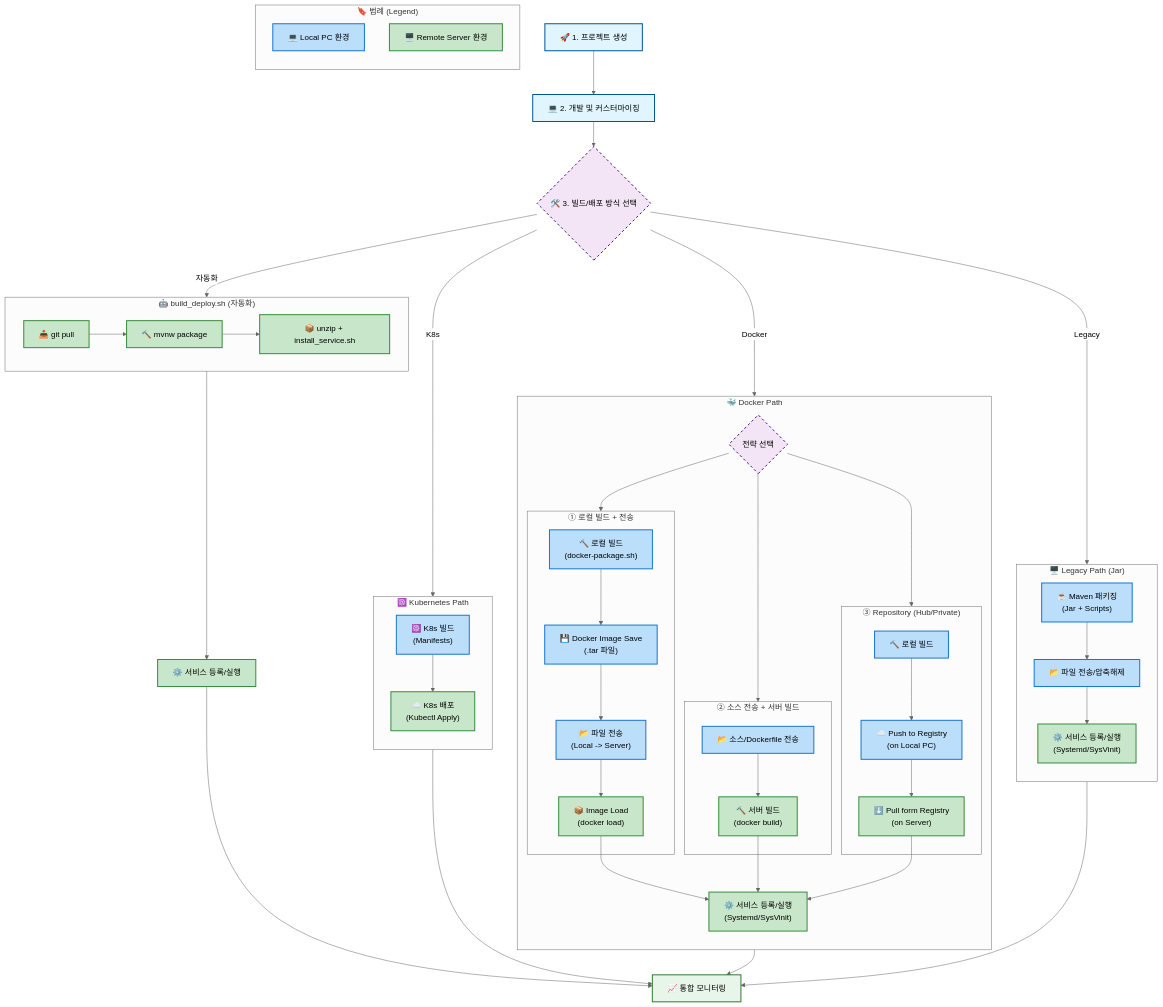
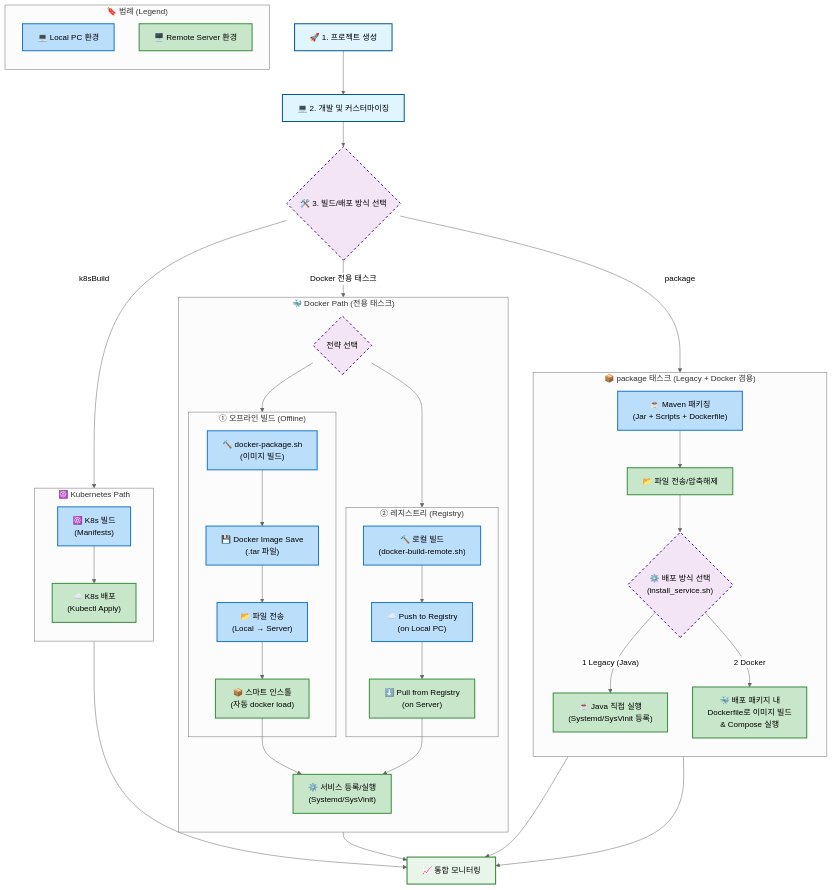
One commit to MJ-Youn/build-template changed the first of 5 diagrams in README.md. Above: the diagram before and after it, drawn with Mermaid (neutral theme). The commit also changed other lines of this file and 13 other files, not shown here.

````diff
--- a/README.md
+++ b/README.md
@@ -358,63 +311,45 @@
     Start["🚀 1. 프로젝트 생성"] --> Dev["💻 2. 개발 및 커스터마이징"]
     Dev --> BuildSelect{"🛠️ 3. 빌드/배포 방식 선택"}
 
-    %% 자동화 스크립트 (build_deploy.sh)
-    subgraph AutoScript ["🤖 build_deploy.sh (자동화)"]
-        direction LR
-        AS1["📥 git pull"] --> AS2["🔨 mvnw package"]
-        AS2 --> AS3["📦 unzip + install_service.sh"]
+    %% 서브그래프: package 태스크 (Legacy + Docker 겸용)
+    subgraph PackagePath ["📦 package 태스크 (Legacy + Docker 겸용)"]
+        direction TB
+        LegacyBuild["☕ Maven 패키징<br/>(Jar + Scripts + Dockerfile)"]
+        LegacyBuild --> LegacyTrans["📂 파일 전송/압축해제"]
+        LegacyTrans --> InstallSelect{"⚙️ 배포 방식 선택<br/>(install_service.sh)"}
+        InstallSelect -->|"1 Legacy (Java)"| LegacyRun["☕ Java 직접 실행<br/>(Systemd/SysVinit 등록)"]
+        InstallSelect -->|"2 Docker"| PkgDocker["🐳 배포 패키지 내<br/>Dockerfile로 이미지 빌드<br/>& Compose 실행"]
     end
 
-    BuildSelect -->|자동화| AutoScript
-    AutoScript --> LegacyDeploy2["⚙️ 서비스 등록/실행"]
-
-    %% 서브그래프: Legacy
-    subgraph Legacy ["🖥️ Legacy Path (Jar)"]
-        direction TB
-        LegacyBuild["☕ Maven 패키징<br/>(Jar + Scripts)"]
-        LegacyBuild --> LegacyTrans["📂 파일 전송/압축해제"]
-        LegacyTrans --> LegacyDeploy["⚙️ 서비스 등록/실행<br/>(Systemd/SysVinit)"]
-    end
-
-    %% 서브그래프: Docker Strategies
-    subgraph Docker ["🐳 Docker Path"]
+    %% 서브그래프: Docker 전용 전략
+    subgraph DockerPath ["🐳 Docker Path (전용 태스크)"]
         direction TB
         DockerDecide{"전략 선택"}
 
         %% Strategy 1: Local Image
-        subgraph DockerOpt1 ["① 로컬 빌드 + 전송"]
-            D1_Build["🔨 로컬 빌드<br/>(docker-package.sh)"]
+        subgraph DockerOpt1 ["① 오프라인 빌드 (Offline)"]
+            D1_Build["🔨 docker-package.sh<br/>(이미지 빌드)"]
             D1_Save["💾 Docker Image Save<br/>(.tar 파일)"]
-            D1_Trans["📂 파일 전송<br/>(Local -> Server)"]
-            D1_Load["📦 Image Load<br/>(docker load)"]
+            D1_Trans["📂 파일 전송<br/>(Local → Server)"]
+            D1_Load["📦 스마트 인스톨<br/>(자동 docker load)"]
 
             D1_Build --> D1_Save --> D1_Trans --> D1_Load
         end
 
-        %% Strategy 2: Source Transfer
-        subgraph DockerOpt2 ["② 소스 전송 + 서버 빌드"]
-            D2_Trans["📂 소스/Dockerfile 전송"]
-            D2_Build["🔨 서버 빌드<br/>(docker build)"]
+        %% Strategy 2: Repository
+        subgraph DockerOpt2 ["② 레지스트리 (Registry)"]
+            D2_Build["🔨 로컬 빌드<br/>(docker-build-remote.sh)"]
+            D2_Push["☁️ Push to Registry<br/>(on Local PC)"]
+            D2_Pull["⬇️ Pull from Registry<br/>(on Server)"]
 
-            D2_Trans --> D2_Build
-        end
-
-        %% Strategy 3: Repository
-        subgraph DockerOpt3 ["③ Repository (Hub/Private)"]
-            D3_Build["🔨 로컬 빌드"]
-            D3_Push["☁️ Push to Registry<br/>(on Local PC)"]
-            D3_Pull["⬇️ Pull form Registry<br/>(on Server)"]
-
-            D3_Build --> D3_Push --> D3_Pull
+            D2_Build --> D2_Push --> D2_Pull
         end
 
         DockerDecide --> DockerOpt1
         DockerDecide --> DockerOpt2
-        DockerDecide --> DockerOpt3
 
         D1_Load --> DockerService["⚙️ 서비스 등록/실행<br/>(Systemd/SysVinit)"]
-        D2_Build --> DockerService
-        D3_Pull --> DockerService
+        D2_Pull --> DockerService
     end
 
     %% 서브그래프: K8s
@@ -425,12 +360,12 @@
     end
 
     %% 메인 연결
-    BuildSelect -->|Legacy| LegacyBuild
-    BuildSelect -->|Docker| DockerDecide
-    BuildSelect -->|K8s| K8sBuild
+    BuildSelect -->|"package"| LegacyBuild
+    BuildSelect -->|"Docker 전용 태스크"| DockerDecide
+    BuildSelect -->|"k8sBuild"| K8sBuild
 
-    LegacyDeploy --> Monitor["📈 통합 모니터링"]
-    LegacyDeploy2 --> Monitor
+    LegacyRun --> Monitor["📈 통합 모니터링"]
+    PkgDocker --> Monitor
     DockerService --> Monitor
     K8sDeploy --> Monitor
 
@@ -455,11 +390,11 @@
     classDef remote_env fill:#C8E6C9,stroke:#388E3C,stroke-width:2px,color:#000;
 
     class Start,Dev start;
-    class BuildSelect,DockerDecide decision;
+    class BuildSelect,DockerDecide,InstallSelect, decision;
     class Monitor endNode;
 
     %% Nodes & Legend Styling (Local vs Remote)
-    class LegacyBuild,LegacyTrans,K8sBuild,D1_Build,D1_Save,D1_Trans,D2_Trans,D3_Build,D3_Push,L1 local_env;
-    class LegacyDeploy,LegacyDeploy2,K8sDeploy,D1_Load,D2_Build,D3_Pull,DockerService,L2 remote_env;
+    class LegacyBuild,K8sBuild,D1_Build,D1_Save,D1_Trans,D2_Build,D2_Push,L1 local_env;
+    class LegacyTrans,LegacyRun,PkgDocker,K8sDeploy,D1_Load,D2_Pull,DockerService,L2 remote_env;
     class AS1,AS2,AS3 remote_env;
 ```
````
